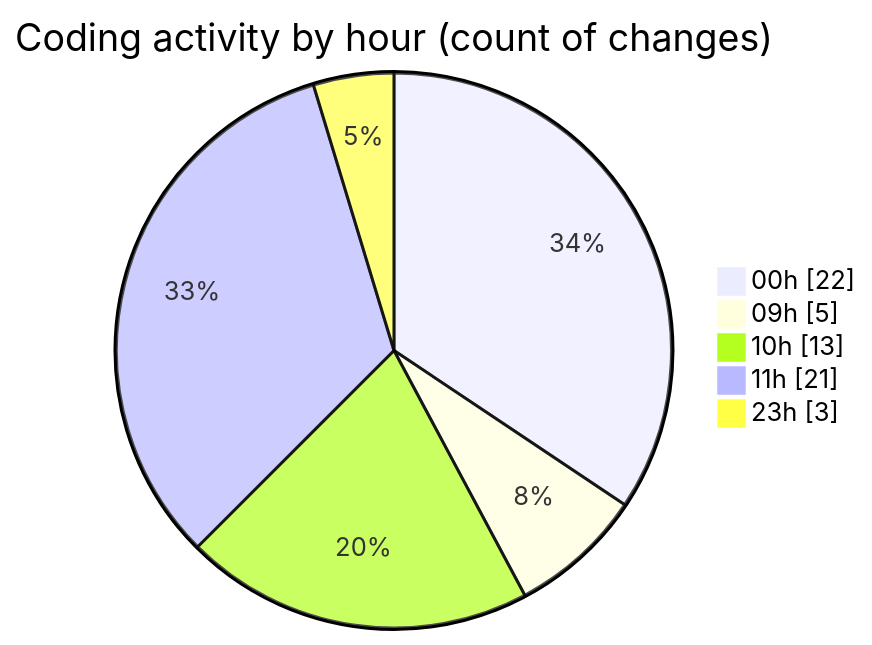
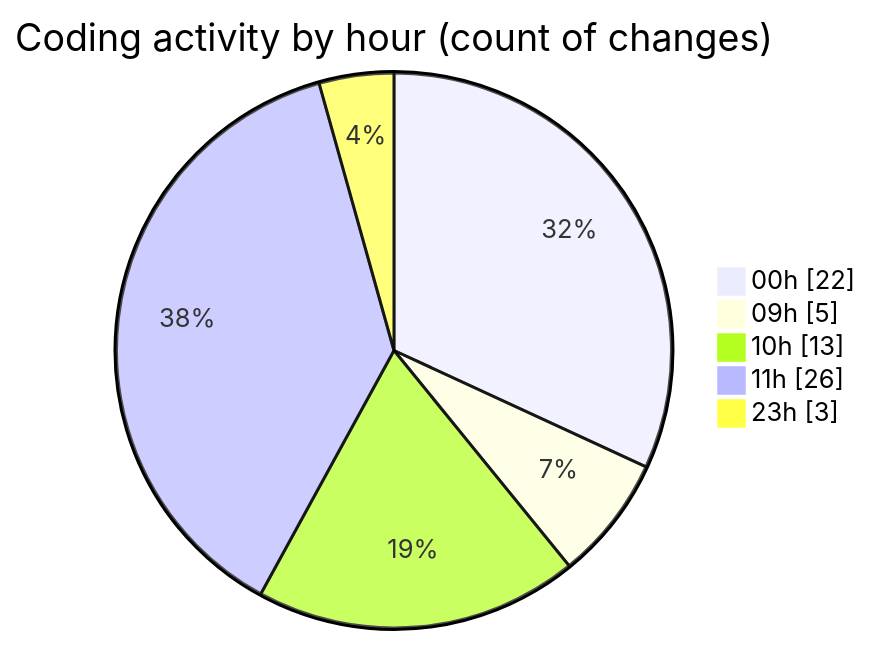
The second of 2 diagrams in 2026-04-10/cda/README.md (momahboobian/code-tracking), drawn with Mermaid before and after one commit. The commit also changed other lines of this file and 1 other file, not shown here.

````diff
--- a/2026-04-10/cda/README.md
+++ b/2026-04-10/cda/README.md
@@ -31,9 +31,9 @@
 ```mermaid
 pie showData
 title Coding activity by hour (count of changes)
 "00h" : 22
 "09h" : 5
 "10h" : 13
-"11h" : 21
+"11h" : 26
 "23h" : 3
 ```
````
